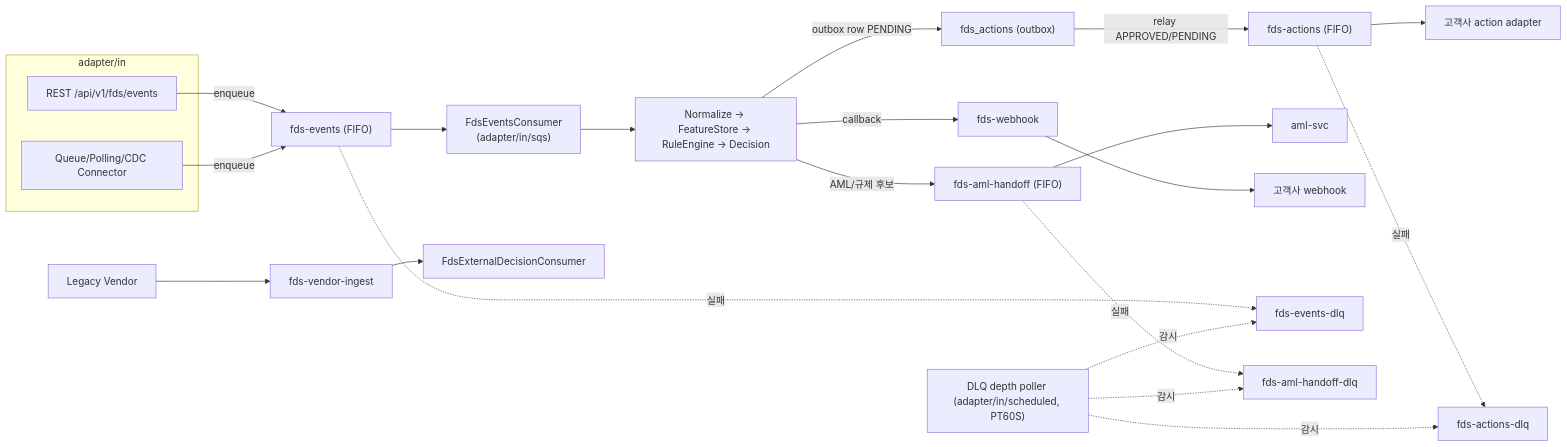
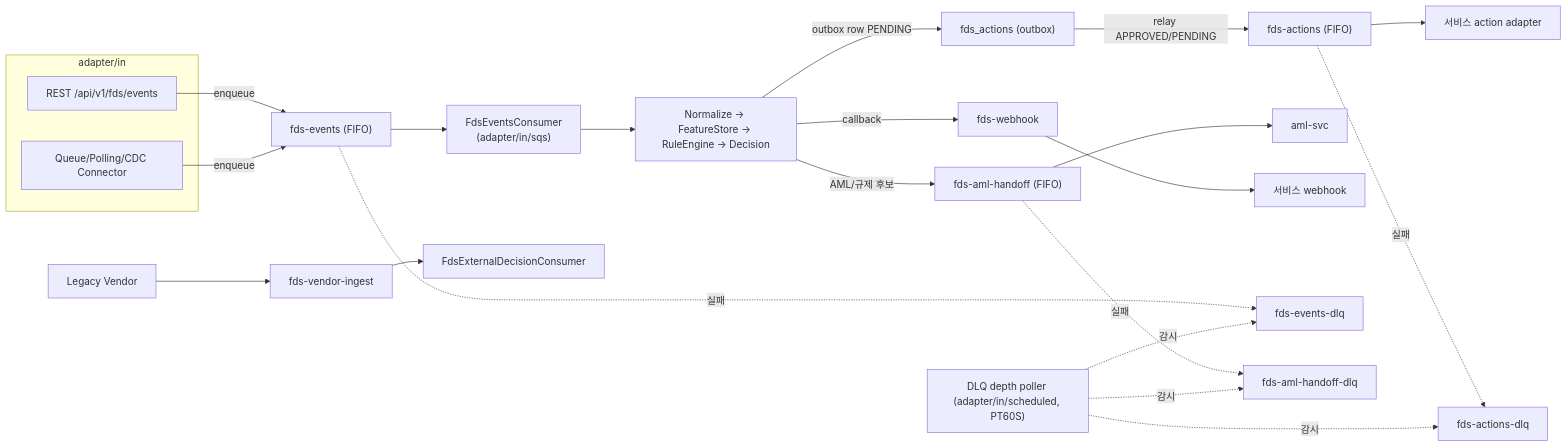
Before and after one commit to smkim89/aml-system-docs: the first of 6 diagrams in docs/design/integration/01-fds-integration.md, drawn with Mermaid. The commit also changed other lines of this file and 2 other files, not shown here.

Commit message:
docs(integration·iam): 테넌트=서비스 재정의 + 사용자↔서비스 바인딩·상위 기관 반영

````diff
--- a/docs/design/integration/01-fds-integration.md
+++ b/docs/design/integration/01-fds-integration.md
@@ -54,24 +54,24 @@
 ```mermaid
 flowchart LR
     subgraph IN["adapter/in"]
         REST["REST /api/v1/fds/events"]
         CONN["Queue/Polling/CDC Connector"]
     end
     REST -->|enqueue| QEV["fds-events (FIFO)"]
     CONN -->|enqueue| QEV
     QEV --> CONS["FdsEventsConsumer\n(adapter/in/sqs)"]
     CONS --> CORE["Normalize → FeatureStore → RuleEngine → Decision"]
     CORE -->|outbox row PENDING| OUT["fds_actions (outbox)"]
     OUT -->|relay APPROVED/PENDING| QACT["fds-actions (FIFO)"]
-    QACT --> EXT["고객사 action adapter"]
+    QACT --> EXT["서비스 action adapter"]
     CORE -->|AML/규제 후보| QAML["fds-aml-handoff (FIFO)"]
     QAML --> AML["aml-svc"]
     CORE -->|callback| QWH["fds-webhook"]
-    QWH --> CB["고객사 webhook"]
+    QWH --> CB["서비스 webhook"]
     VEND["Legacy Vendor"] --> QVEN["fds-vendor-ingest"]
     QVEN --> VC["FdsExternalDecisionConsumer"]
     QEV -.실패.-> DLQ1["fds-events-dlq"]
     QACT -.실패.-> DLQ2["fds-actions-dlq"]
     QAML -.실패.-> DLQ3["fds-aml-handoff-dlq"]
     POLL["DLQ depth poller (adapter/in/scheduled, PT60S)"] -.감시.-> DLQ1 & DLQ2 & DLQ3
 ```
````
